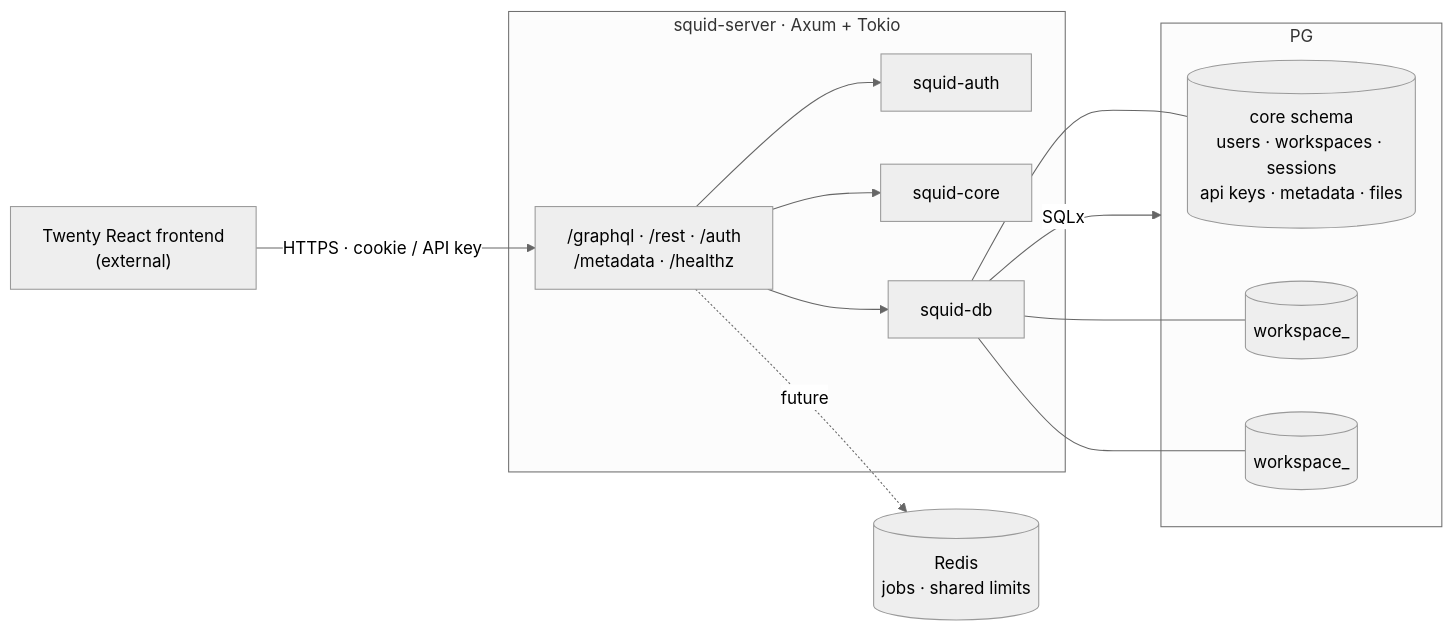
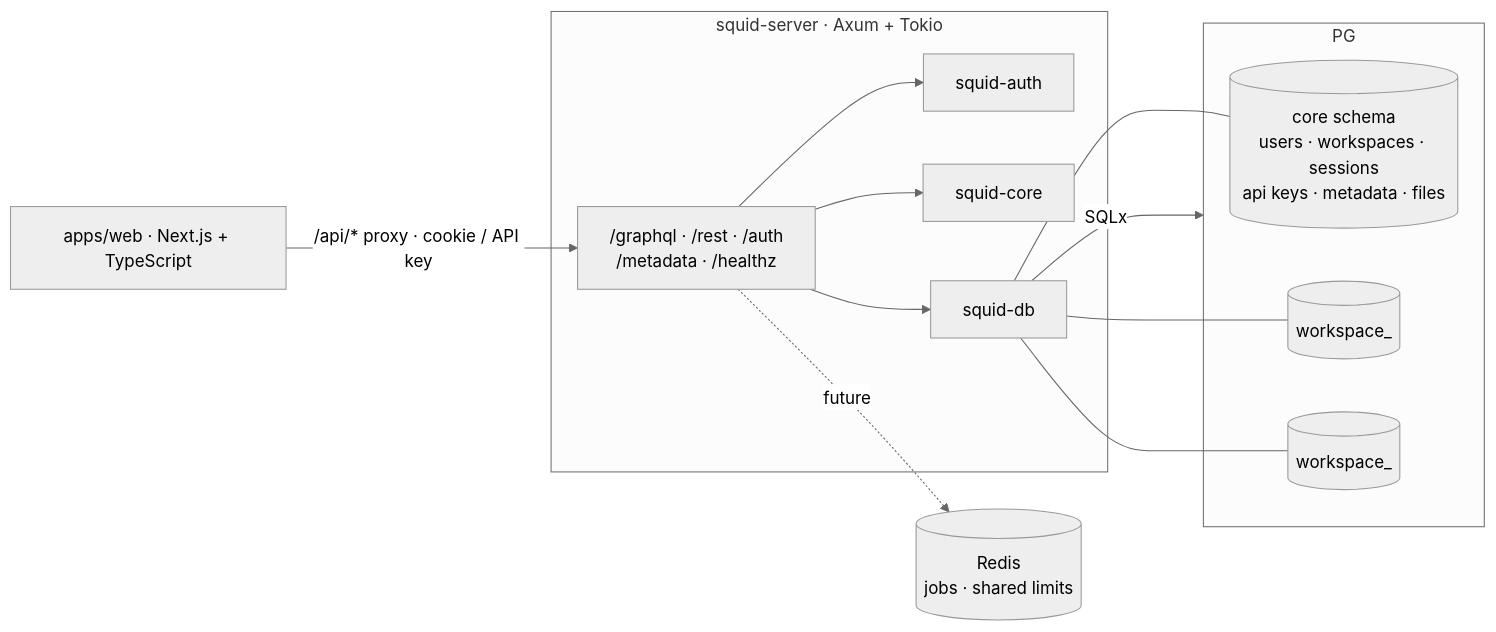
The diagram in README.md (Mullassery/Squid-CRM), drawn with Mermaid (neutral theme) before and after one commit. The commit also changed other lines of this file and 155 other files, not shown here.

Commit message:
feat: add TypeScript web client and remove Twenty compatibility references

````diff
--- a/README.md
+++ b/README.md
@@ -145,23 +120,23 @@
 ```mermaid
 flowchart LR
-    FE["Twenty React frontend<br/>(external)"] -->|"HTTPS · cookie / API key"| API
+    FE["apps/web · Next.js + TypeScript"] -->|"/api/* proxy · cookie / API key"| API
     subgraph Rust["squid-server · Axum + Tokio"]
         API["/graphql · /rest · /auth<br/>/metadata · /healthz"]
         AUTH["squid-auth"]
         CORE["squid-core"]
         DB["squid-db"]
         API --> AUTH
         API --> CORE
         API --> DB
     end
     DB -->|SQLx| PG[("PostgreSQL 16")]
     subgraph PG
         CORE_SCHEMA[("core schema<br/>users · workspaces · sessions<br/>api keys · metadata · files")]
         WS_A[("workspace_<id>")]
         WS_B[("workspace_<id>")]
     end
     DB --- CORE_SCHEMA
     DB --- WS_A
     DB --- WS_B
     API -. future .-> REDIS[("Redis<br/>jobs · shared limits")]
 ```
````
